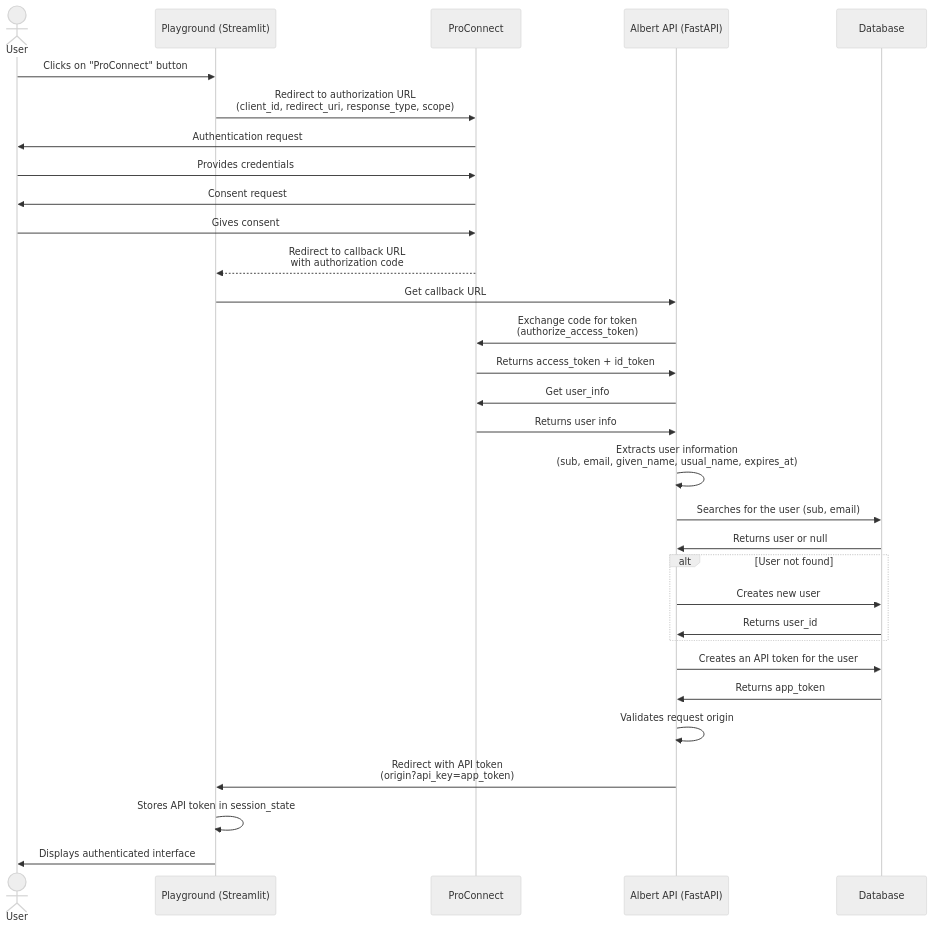
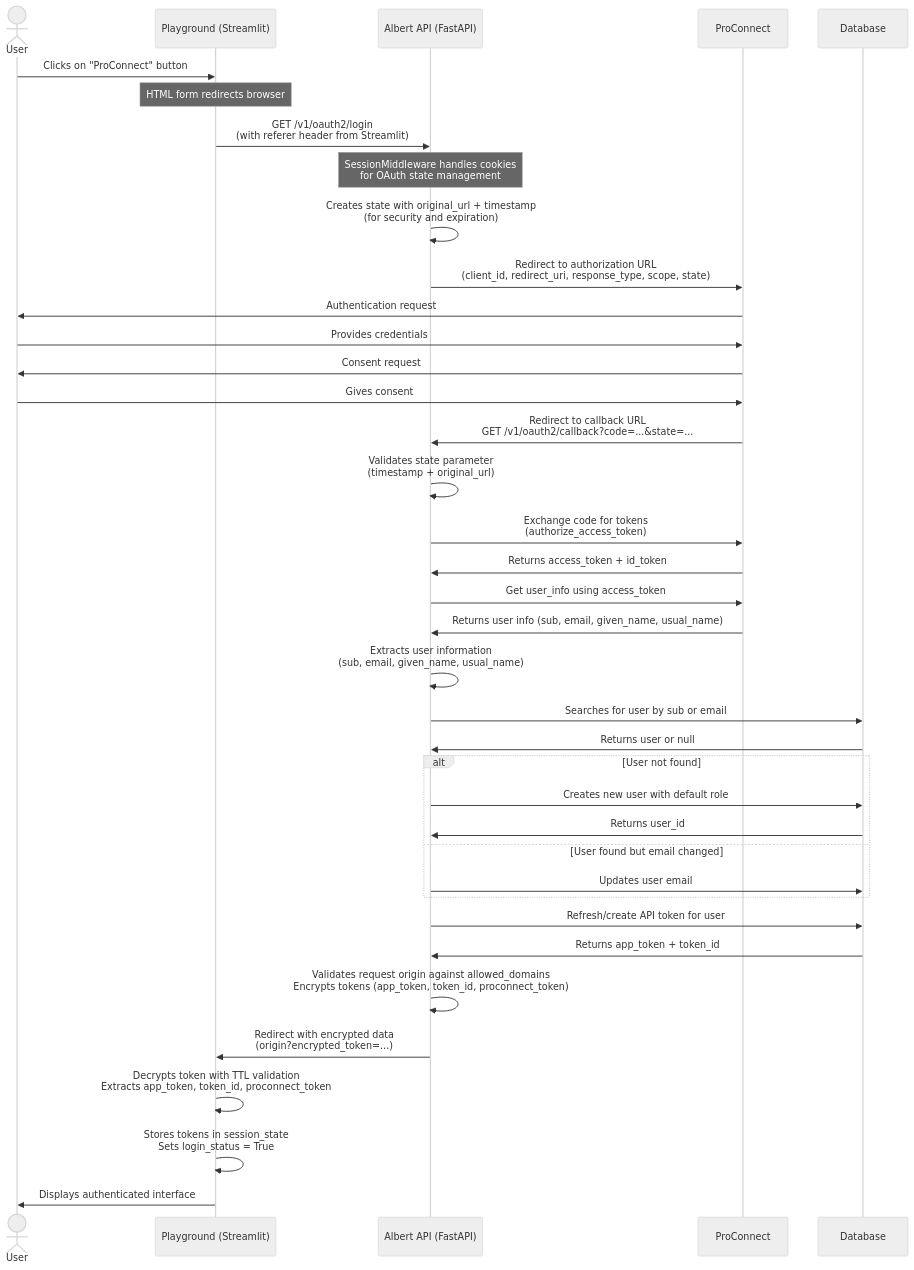
The diagram in docs/proconnect.md (etalab-ia/albert-api), drawn with Mermaid (neutral theme) before and after one commit. The commit also changed other lines of this file, not shown here.

````diff
--- a/docs/proconnect.md
+++ b/docs/proconnect.md
@@ -14,45 +9,52 @@
 ```mermaid
 sequenceDiagram
     actor User
     participant StreamLit as Playground (Streamlit)
+    participant FastAPI as Albert API (FastAPI)
     participant ProConnect as ProConnect
-    participant FastAPI as Albert API (FastAPI)
     participant Database as Database
     
     User->>StreamLit: Clicks on "ProConnect" button
-    StreamLit->>ProConnect: Redirect to authorization URL<br>(client_id, redirect_uri, response_type, scope)
+    Note over StreamLit: HTML form redirects browser
+    StreamLit->>FastAPI: GET /v1/oauth2/login<br>(with referer header from Streamlit)
+    
+    Note over FastAPI: SessionMiddleware handles cookies<br>for OAuth state management
+    FastAPI->>FastAPI: Creates state with original_url + timestamp<br>(for security and expiration)
+    FastAPI->>ProConnect: Redirect to authorization URL<br>(client_id, redirect_uri, response_type, scope, state)
     
     ProConnect->>User: Authentication request
     User->>ProConnect: Provides credentials
     ProConnect->>User: Consent request
     User->>ProConnect: Gives consent
    
-    ProConnect-->>StreamLit: Redirect to callback URL<br>with authorization code
-    StreamLit->>FastAPI: Get callback URL
+    ProConnect->>FastAPI: Redirect to callback URL<br>GET /v1/oauth2/callback?code=...&state=...
     
-    FastAPI->>ProConnect: Exchange code for token<br>(authorize_access_token)
+    FastAPI->>FastAPI: Validates state parameter<br>(timestamp + original_url)
+    FastAPI->>ProConnect: Exchange code for tokens<br>(authorize_access_token)
     ProConnect->>FastAPI: Returns access_token + id_token
 
-    FastAPI->>ProConnect: Get user_info
-    ProConnect->>FastAPI: Returns user info
+    FastAPI->>ProConnect: Get user_info using access_token
+    ProConnect->>FastAPI: Returns user info (sub, email, given_name, usual_name)
 
+    FastAPI->>FastAPI: Extracts user information<br>(sub, email, given_name, usual_name)
     
-    FastAPI->>FastAPI: Extracts user information<br>(sub, email, given_name, usual_name, expires_at)
-    
-    FastAPI->>Database: Searches for the user (sub, email)
+    FastAPI->>Database: Searches for user by sub or email
     Database->>FastAPI: Returns user or null
     
     alt User not found
-        FastAPI->>Database: Creates new user
+        FastAPI->>Database: Creates new user with default role
         Database->>FastAPI: Returns user_id
+    else User found but email changed
+        FastAPI->>Database: Updates user email
     end
     
-    FastAPI->>Database: Creates an API token for the user
-    Database->>FastAPI: Returns app_token
+    FastAPI->>Database: Refresh/create API token for user
+    Database->>FastAPI: Returns app_token + token_id
     
-    FastAPI->>FastAPI: Validates request origin
-    FastAPI->>StreamLit: Redirect with API token<br>(origin?api_key=app_token)
+    FastAPI->>FastAPI: Validates request origin against allowed_domains<br>Encrypts tokens (app_token, token_id, proconnect_token)
+    FastAPI->>StreamLit: Redirect with encrypted data<br>(origin?encrypted_token=...)
     
-    StreamLit->>StreamLit: Stores API token in session_state
+    StreamLit->>StreamLit: Decrypts token with TTL validation<br>Extracts app_token, token_id, proconnect_token
+    StreamLit->>StreamLit: Stores tokens in session_state<br>Sets login_status = True
     StreamLit->>User: Displays authenticated interface
 ```
````
